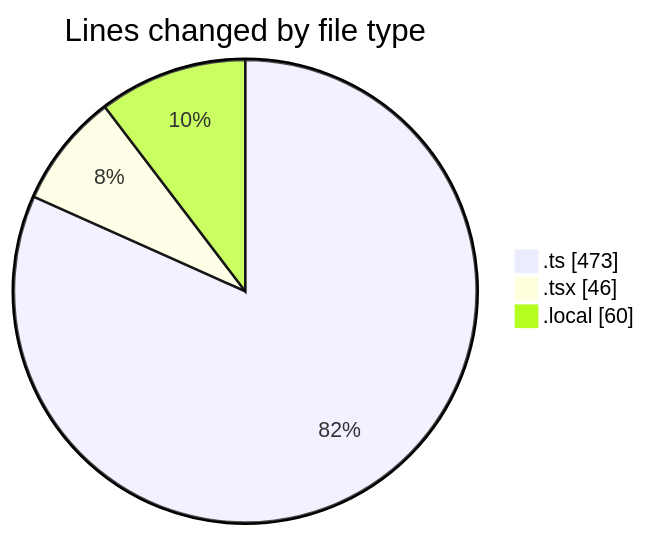
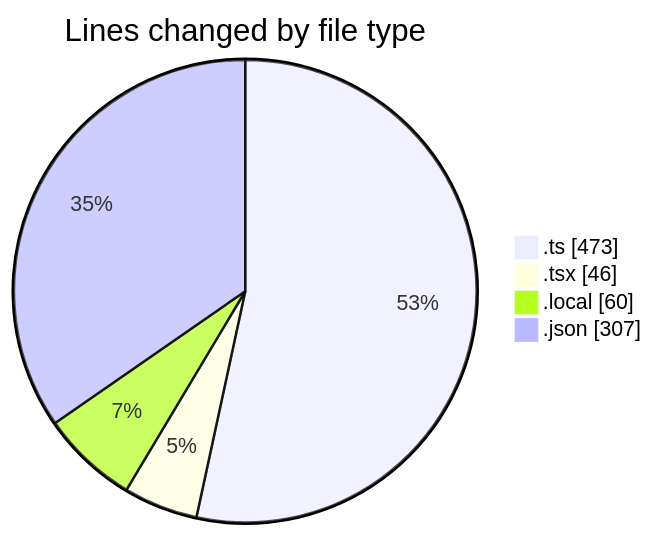
The first of 2 diagrams in 2025-11-26/eventscop-frontend-guide__workspace_/README.md (julien-gomy/code-tracking), drawn with Mermaid before and after one commit. The commit also changed other lines of this file and 1 other file, not shown here.

````diff
--- a/2025-11-26/eventscop-frontend-guide__workspace_/README.md
+++ b/2025-11-26/eventscop-frontend-guide__workspace_/README.md
@@ -25,7 +26,8 @@
 ```mermaid
 pie showData
 title Lines changed by file type
 ".ts" : 473
 ".tsx" : 46
 ".local" : 60
+".json" : 307
 ```
````
